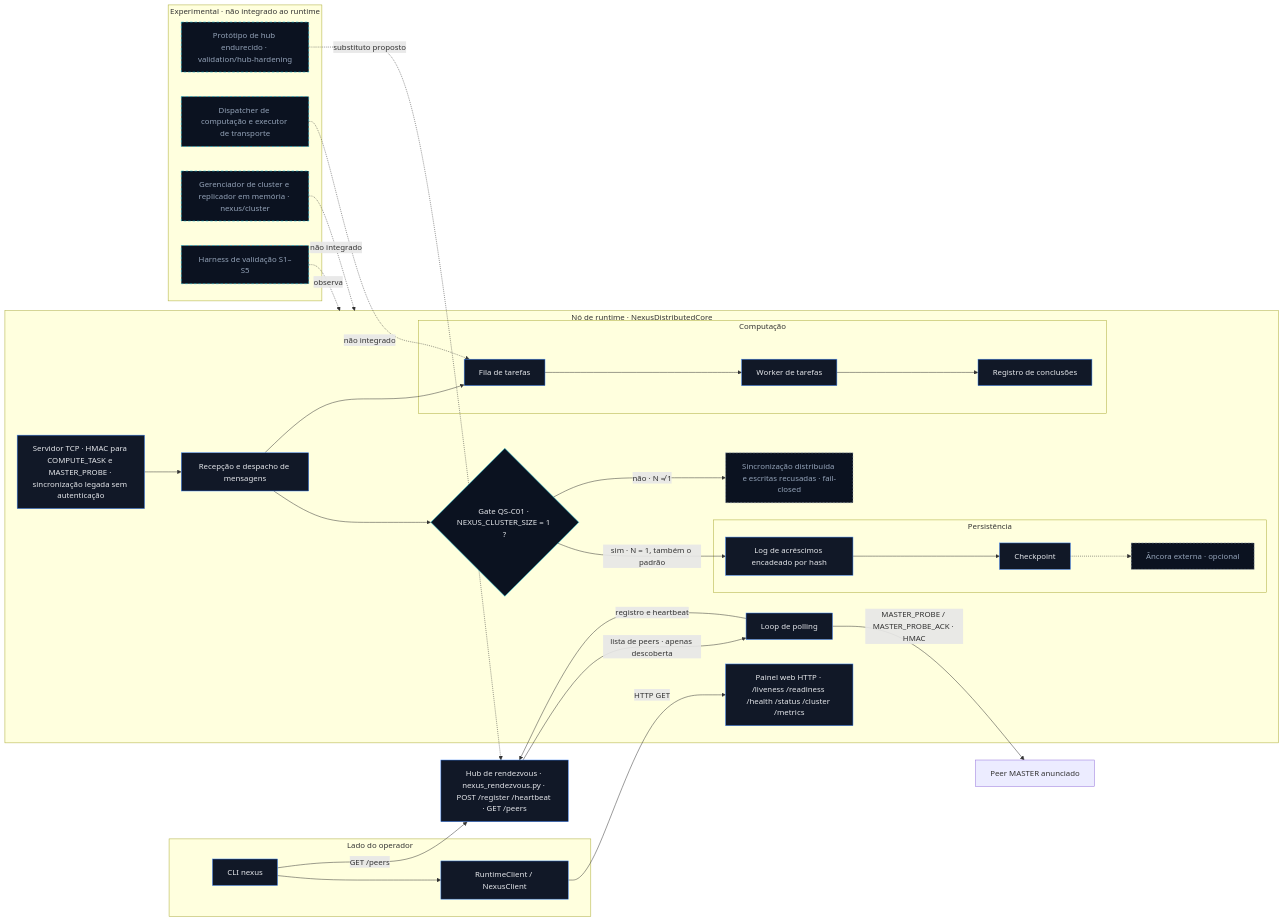
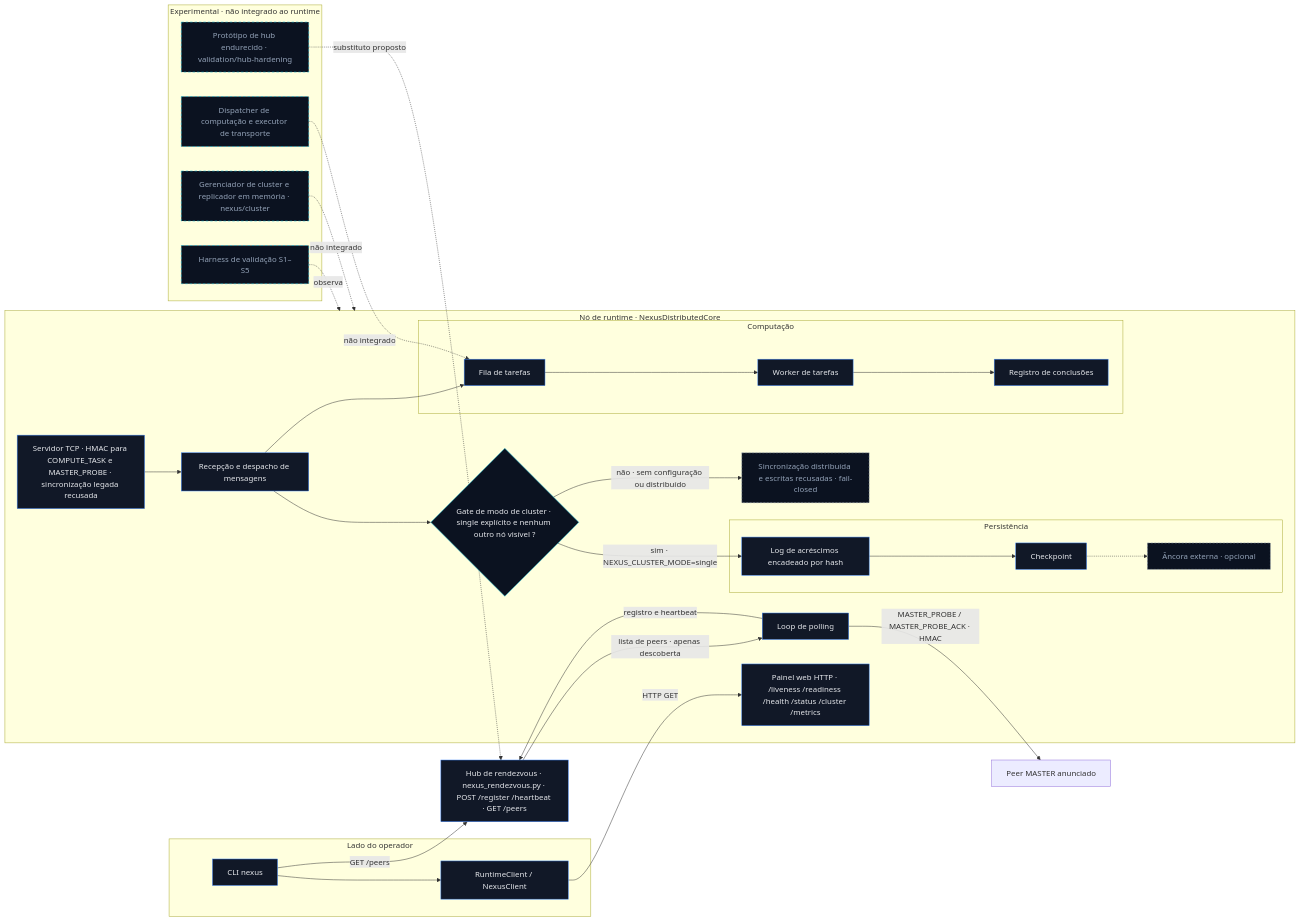
Before and after one commit to gutembergpb27/Termux-nexus: the first of 2 diagrams in README.pt-BR.md, drawn with Mermaid. The commit also changed other lines of this file and 3 other files, not shown here.

````diff
--- a/README.pt-BR.md
+++ b/README.pt-BR.md
@@ -46,66 +46,66 @@
 ```mermaid
 flowchart LR
     subgraph OPS["Lado do operador"]
         CLI["CLI nexus"]
         CLIENT["RuntimeClient / NexusClient"]
     end
 
     subgraph NODE["Nó de runtime · NexusDistributedCore"]
         WEB["Painel web HTTP · /liveness /readiness /health /status /cluster /metrics"]
         POLL["Loop de polling"]
-        TCP["Servidor TCP · HMAC para COMPUTE_TASK e MASTER_PROBE · sincronização legada sem autenticação"]
+        TCP["Servidor TCP · HMAC para COMPUTE_TASK e MASTER_PROBE · sincronização legada recusada"]
         INTAKE["Recepção e despacho de mensagens"]
-        GATE{"Gate QS-C01 · NEXUS_CLUSTER_SIZE = 1 ?"}
+        GATE{"Gate de modo de cluster · single explícito e nenhum outro nó visível ?"}
         BLOCKED["Sincronização distribuída e escritas recusadas · fail-closed"]
         subgraph STORE["Persistência"]
             LOG["Log de acréscimos encadeado por hash"]
             CKPT["Checkpoint"]
             ANCHOR["Âncora externa · opcional"]
         end
         subgraph COMPUTE["Computação"]
             QUEUE["Fila de tarefas"]
             WORKER["Worker de tarefas"]
             DONE["Registro de conclusões"]
         end
     end
 
     HUB["Hub de rendezvous · nexus_rendezvous.py · POST /register /heartbeat · GET /peers"]
     PEER["Peer MASTER anunciado"]
 
     CLI --> CLIENT
     CLIENT -->|"HTTP GET"| WEB
     CLI -->|"GET /peers"| HUB
     POLL -->|"registro e heartbeat"| HUB
     HUB -->|"lista de peers · apenas descoberta"| POLL
     POLL -->|"MASTER_PROBE / MASTER_PROBE_ACK · HMAC"| PEER
     TCP --> INTAKE
     INTAKE --> GATE
-    GATE -->|"sim · N = 1, também o padrão"| LOG
-    GATE -->|"não · N ≠ 1"| BLOCKED
+    GATE -->|"sim · NEXUS_CLUSTER_MODE=single"| LOG
+    GATE -->|"não · sem configuração ou distribuído"| BLOCKED
     LOG --> CKPT
     CKPT -.-> ANCHOR
     INTAKE --> QUEUE
     QUEUE --> WORKER
     WORKER --> DONE
 
     subgraph EXP["Experimental · não integrado ao runtime"]
         HHUB["Protótipo de hub endurecido · validation/hub-hardening"]
         DISP["Dispatcher de computação e executor de transporte"]
         CMGR["Gerenciador de cluster e replicador em memória · nexus/cluster"]
         HARN["Harness de validação S1–S5"]
     end
 
     HHUB -.->|"substituto proposto"| HUB
     DISP -.->|"não integrado"| QUEUE
     CMGR -.->|"não integrado"| NODE
     HARN -.->|"observa"| NODE
 
     classDef core fill:#111827,stroke:#3B82F6,color:#E5E7EB
     classDef gate fill:#0B1220,stroke:#22D3EE,color:#E5E7EB
     classDef stop fill:#0B1220,stroke:#94A3B8,color:#94A3B8,stroke-dasharray:4 3
     classDef exp fill:#0B1220,stroke:#06B6D4,color:#94A3B8,stroke-dasharray:5 4
     class WEB,POLL,TCP,INTAKE,LOG,CKPT,QUEUE,WORKER,DONE,HUB,CLI,CLIENT core
     class GATE gate
     class BLOCKED,ANCHOR stop
     class HHUB,DISP,CMGR,HARN exp
 ```
````
